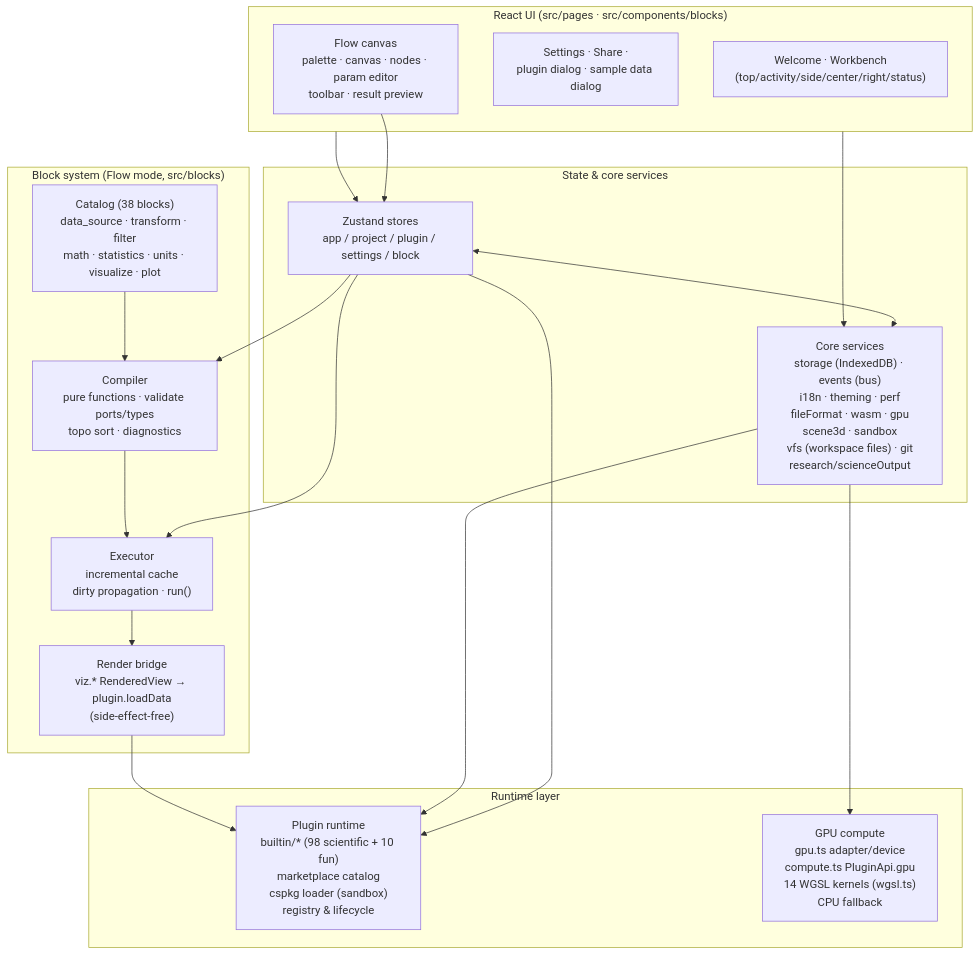
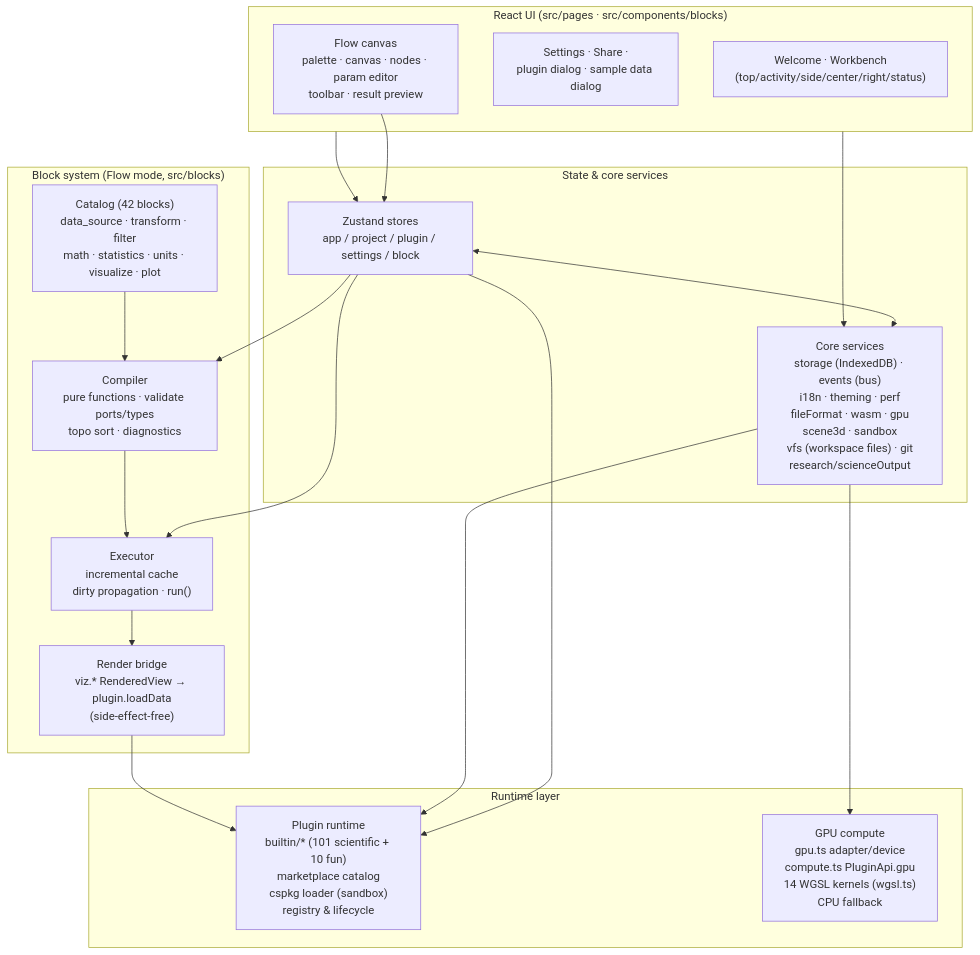
One commit to SnowLeopard-io/ErgalicsStudio changed the diagram in README.md. Above: the diagram before and after it, drawn with Mermaid. The commit also changed other lines of this file and 7 other files, not shown here.

````diff
--- a/README.md
+++ b/README.md
@@ -192,39 +192,39 @@
 ```mermaid
 flowchart TB
     subgraph UI["React UI (src/pages · src/components/blocks)"]
         A1["Welcome · Workbench<br/>(top/activity/side/center/right/status)"]
         A2["Settings · Share ·<br/>plugin dialog · sample data dialog"]
         A3["Flow canvas<br/>palette · canvas · nodes · param editor<br/>toolbar · result preview"]
     end
 
     subgraph State["State & core services"]
         B1["Zustand stores<br/>app / project / plugin / settings / block"]
         B2["Core services<br/>storage (IndexedDB) · events (bus)<br/>i18n · theming · perf<br/>fileFormat · wasm · gpu<br/>scene3d · sandbox<br/>vfs (workspace files) · git<br/>research/scienceOutput"]
     end
 
     subgraph Blocks["Block system (Flow mode, src/blocks)"]
-        D1["Catalog (38 blocks)<br/>data_source · transform · filter<br/>math · statistics · units · visualize · plot"]
+        D1["Catalog (42 blocks)<br/>data_source · transform · filter<br/>math · statistics · units · visualize · plot"]
         D2["Compiler<br/>pure functions · validate ports/types<br/>topo sort · diagnostics"]
         D3["Executor<br/>incremental cache<br/>dirty propagation · run()"]
         D4["Render bridge<br/>viz.* RenderedView → plugin.loadData<br/>(side-effect-free)"]
     end
 
     subgraph Runtime["Runtime layer"]
-        C1["Plugin runtime<br/>builtin/* (98 scientific + 10 fun)<br/>marketplace catalog<br/>cspkg loader (sandbox)<br/>registry & lifecycle"]
+        C1["Plugin runtime<br/>builtin/* (101 scientific + 10 fun)<br/>marketplace catalog<br/>cspkg loader (sandbox)<br/>registry & lifecycle"]
         C2["GPU compute<br/>gpu.ts adapter/device<br/>compute.ts PluginApi.gpu<br/>14 WGSL kernels (wgsl.ts)<br/>CPU fallback"]
     end
 
     UI --> B1
     UI --> B2
     B1 <--> B2
     B1 --> C1
     B2 --> C1
     B2 --> C2
     A3 --> B1
     B1 --> D2
     B1 --> D3
     D2 --> D3
     D1 --> D2
     D3 --> D4
     D4 --> C1
 ```
````
